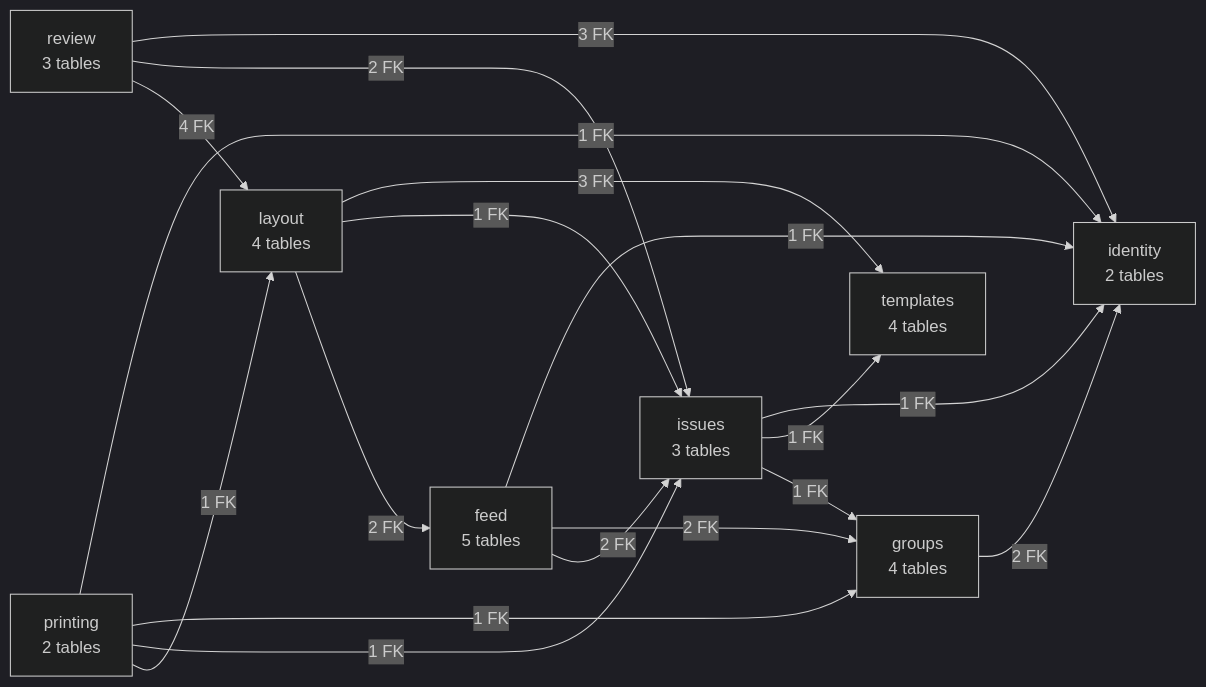
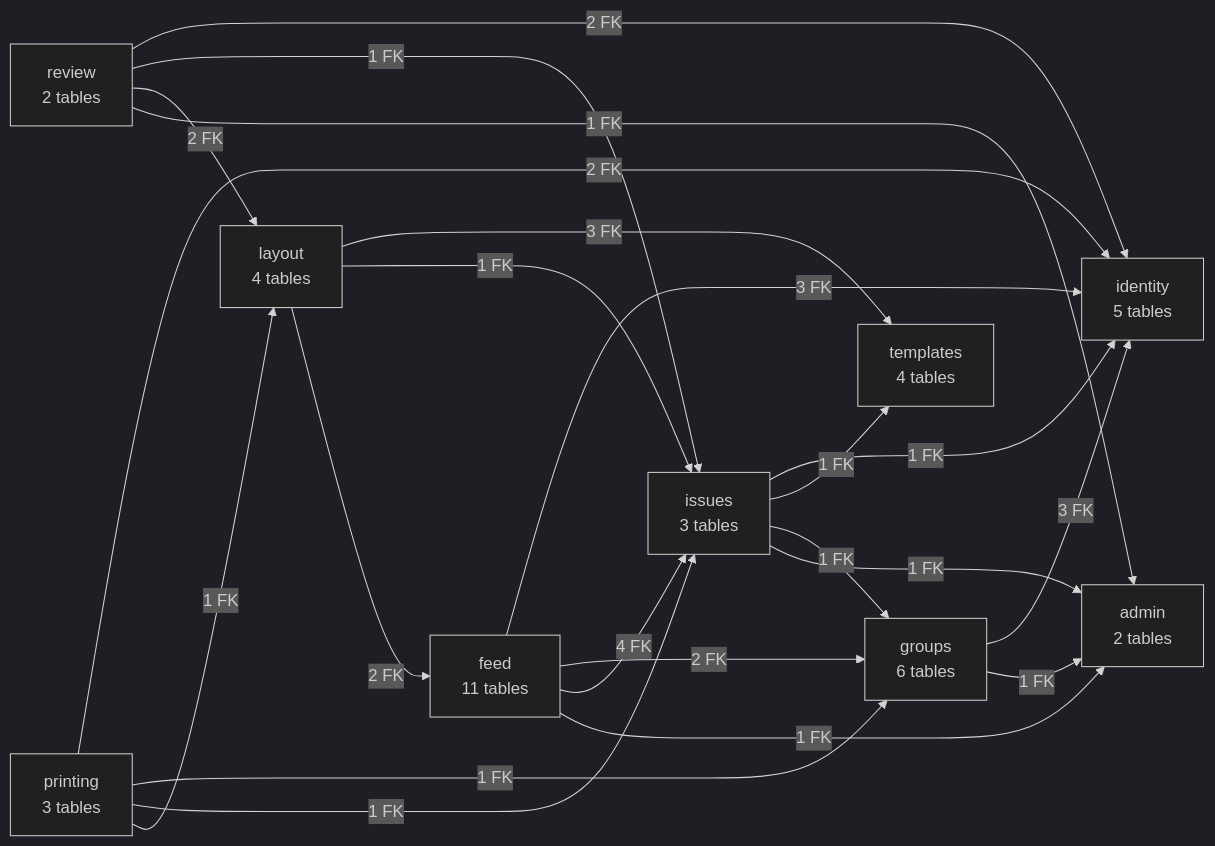
One commit to js1211-code/bogomagazine changed the first of 11 diagrams in docs/erd.md. Above: the diagram before and after it, drawn with Mermaid (dark theme). The commit also changed other lines of this file and 27 other files, not shown here.

````diff
--- a/docs/erd.md
+++ b/docs/erd.md
@@ -13,28 +13,33 @@
 ```mermaid
 flowchart LR
-    identity["identity<br/>2 tables"]
+    identity["identity<br/>5 tables"]
     templates["templates<br/>4 tables"]
-    groups["groups<br/>4 tables"]
+    groups["groups<br/>6 tables"]
     issues["issues<br/>3 tables"]
-    feed["feed<br/>5 tables"]
+    feed["feed<br/>11 tables"]
     layout["layout<br/>4 tables"]
-    review["review<br/>3 tables"]
-    printing["printing<br/>2 tables"]
-    groups -->|"2 FK"| identity
+    review["review<br/>2 tables"]
+    printing["printing<br/>3 tables"]
+    admin["admin<br/>2 tables"]
+    groups -->|"3 FK"| identity
+    groups -->|"1 FK"| admin
     issues -->|"1 FK"| identity
     issues -->|"1 FK"| templates
     issues -->|"1 FK"| groups
-    feed -->|"1 FK"| identity
+    issues -->|"1 FK"| admin
+    feed -->|"3 FK"| identity
     feed -->|"2 FK"| groups
-    feed -->|"2 FK"| issues
+    feed -->|"4 FK"| issues
+    feed -->|"1 FK"| admin
     layout -->|"3 FK"| templates
     layout -->|"1 FK"| issues
     layout -->|"2 FK"| feed
-    review -->|"3 FK"| identity
-    review -->|"2 FK"| issues
-    review -->|"4 FK"| layout
-    printing -->|"1 FK"| identity
+    review -->|"2 FK"| identity
+    review -->|"1 FK"| issues
+    review -->|"2 FK"| layout
+    review -->|"1 FK"| admin
+    printing -->|"2 FK"| identity
     printing -->|"1 FK"| groups
     printing -->|"1 FK"| issues
     printing -->|"1 FK"| layout
 ```
````
